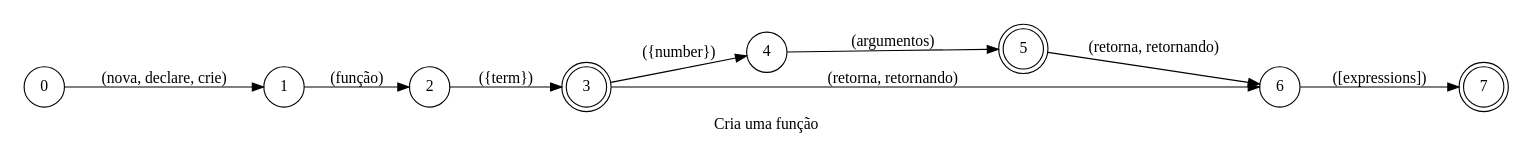
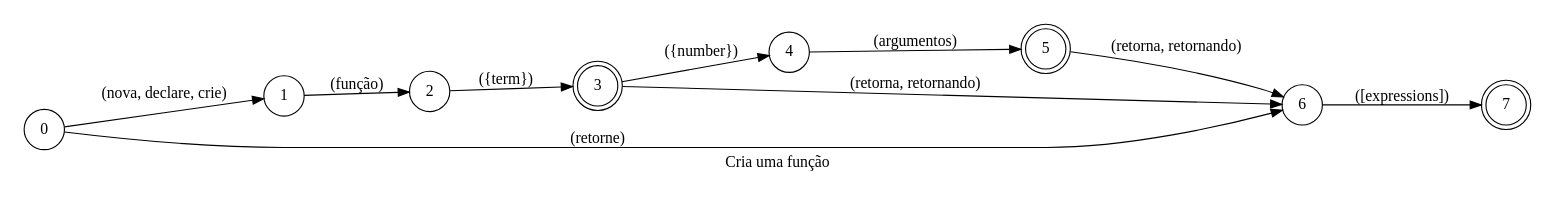
The diagram in spoken/src/modules/typescript/function_declaration/phrase_pt-BR.dot (pedrooaugusto/speech-to-code), drawn with Graphviz before and after one commit. The commit also changed 66 other files, not shown here.

```diff
--- a/spoken/src/modules/typescript/function_declaration/phrase_pt-BR.dot
+++ b/spoken/src/modules/typescript/function_declaration/phrase_pt-BR.dot
@@ -1,22 +1,23 @@
 digraph function_declaration {
     id="function_declaration";
     label="Cria uma função";
     lang="pt-BR";
     langName="Português";
     pad="0.2";
     rankdir=LR;
     priority="2";
     node[shape=doublecircle]; 3 5 7;
     node[shape=circle];
 
     0 -> 1 [label="(nova, declare, crie)"];
     1 -> 2 [label="(função)"];
     2 -> 3 [label="({term})", store=fnName];
     3 -> 4 [label="({number})", store=argsNumber];
     4 -> 5 [label="(argumentos)"];
     {3 5} -> 6 [label="(retorna, retornando)"];
+    0 -> 6 [label="(retorne)", store=returnOnly];
     6 -> 7 [label="([expressions])", store=returnValue];
 
     title="Cria uma função";
     desc="Cria uma função com o número de argumentos especificados e um valor de retorno";
 }
```
